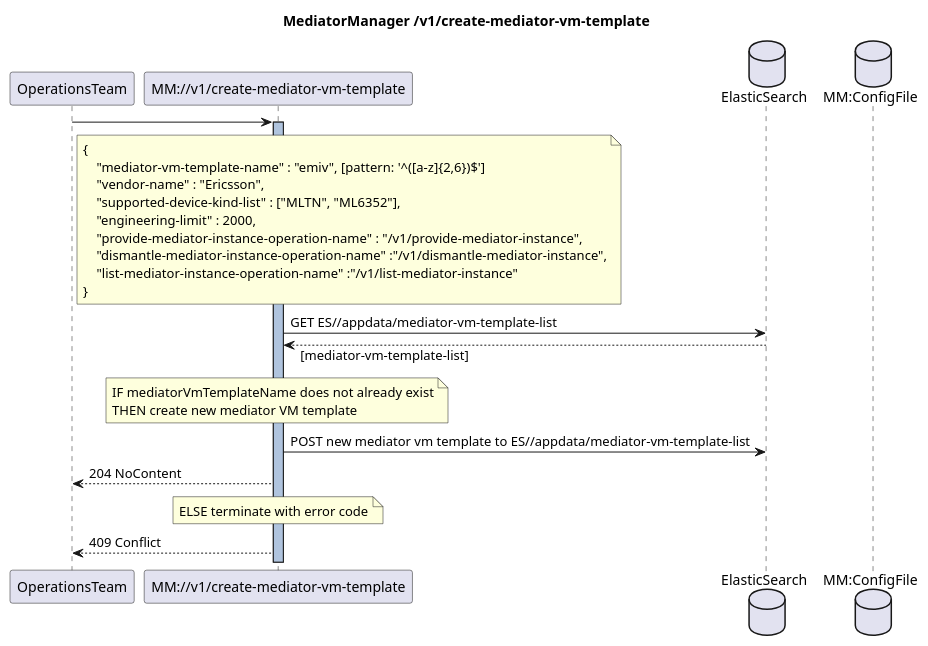
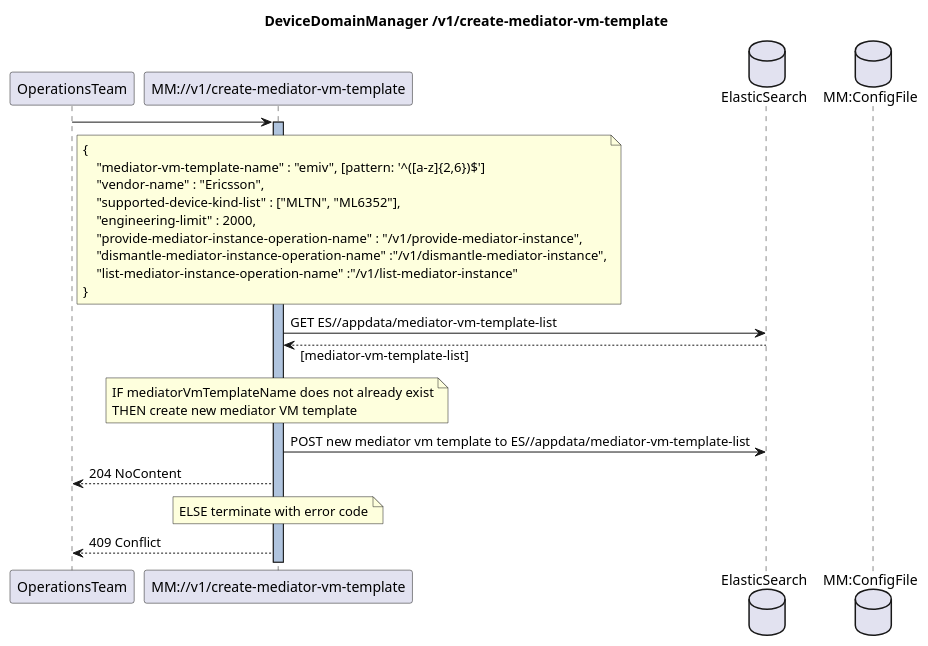
The diagram in spec/diagrams/MediatorVMtemplate/createMediatorVMTemplate.plantuml (openBackhaul/MediatorManager), drawn with PlantUML before and after one commit. The commit also changed 84 other files, not shown here.

```diff
--- a/spec/diagrams/MediatorVMtemplate/createMediatorVMTemplate.plantuml
+++ b/spec/diagrams/MediatorVMtemplate/createMediatorVMTemplate.plantuml
@@ -1,42 +1,42 @@
 @startuml CreateMediatorVmTemplate
 skinparam responseMessageBelowArrow true
 
 title
-MediatorManager /v1/create-mediator-vm-template
+DeviceDomainManager /v1/create-mediator-vm-template
 end title
 
 participant "OperationsTeam" as OT
 participant "MM://v1/create-mediator-vm-template" as MM
 database "ElasticSearch" as ES
 database "MM:ConfigFile" as ConfigFile
 
 OT -> MM : 
 note right OT
   {
       "mediator-vm-template-name" : "emiv", [pattern: '^([a-z]{2,6})$']
       "vendor-name" : "Ericsson",
       "supported-device-kind-list" : ["MLTN", "ML6352"],
       "engineering-limit" : 2000,
       "provide-mediator-instance-operation-name" : "/v1/provide-mediator-instance",
       "dismantle-mediator-instance-operation-name" :"/v1/dismantle-mediator-instance",
       "list-mediator-instance-operation-name" :"/v1/list-mediator-instance"
   }
 end note
 activate MM #LightSteelBlue
 
 MM -> ES : GET ES//appdata/mediator-vm-template-list
 MM <-- ES : [mediator-vm-template-list]
 
   note over MM
     IF mediatorVmTemplateName does not already exist
     THEN create new mediator VM template
   end note
   MM -> ES : POST new mediator vm template to ES//appdata/mediator-vm-template-list
   MM --> OT : 204 NoContent
 
   note over MM
     ELSE terminate with error code
   end note
   MM --> OT : 409 Conflict
 
 @enduml
```
